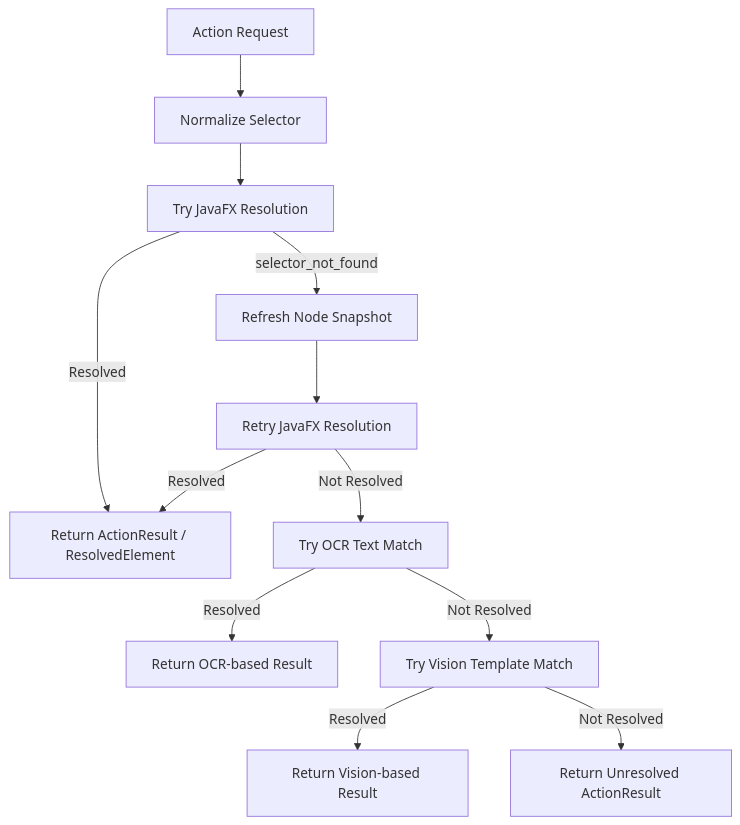
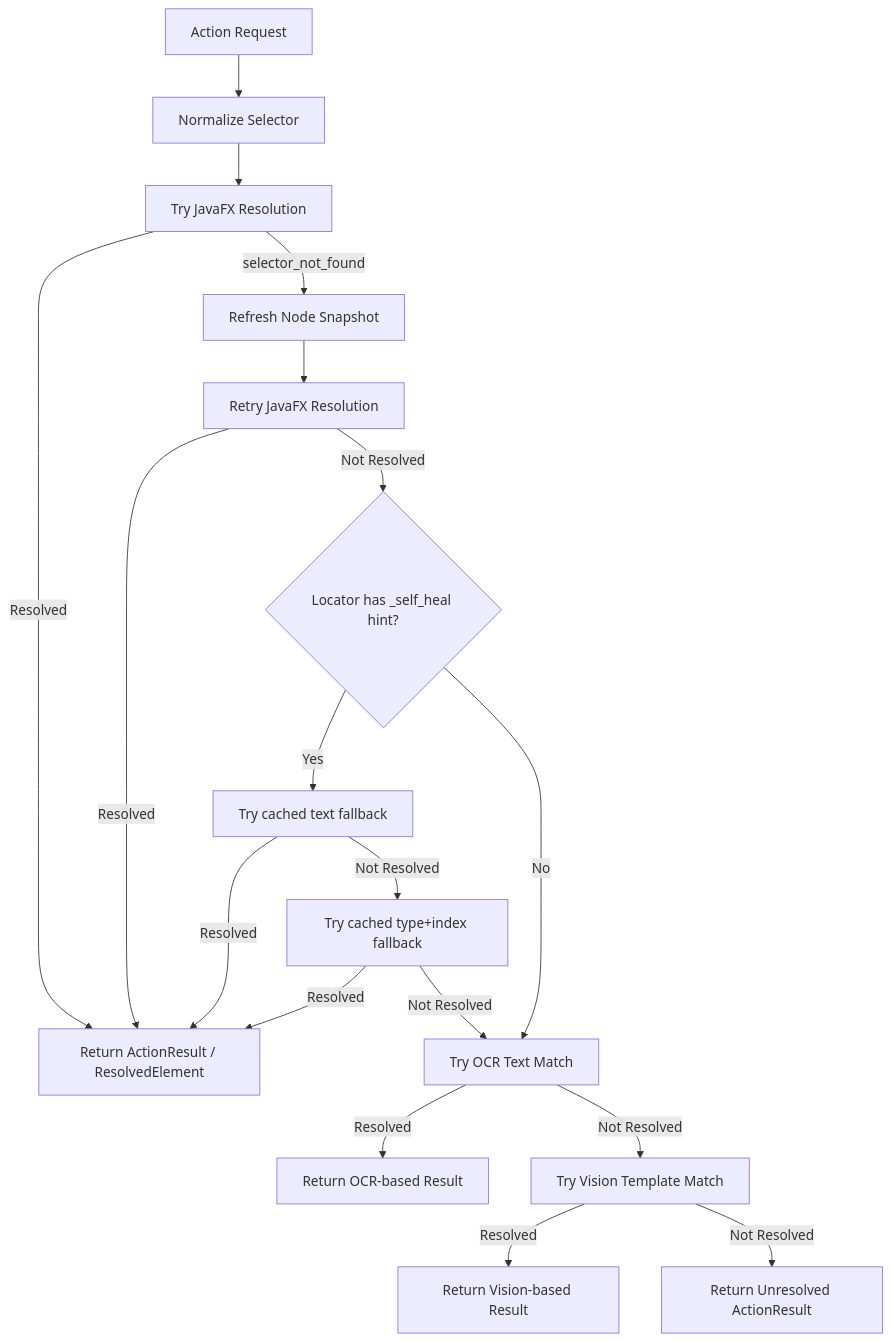
Before and after one commit to caryhsu/omniui: the third of 4 diagrams in docs/architecture.md, drawn with Mermaid. The commit also changed other lines of this file and 13 other files, not shown here.

````diff
--- a/docs/architecture.md
+++ b/docs/architecture.md
@@ -81,14 +81,20 @@
 ```mermaid
 flowchart TD
     Start[Action Request] --> Normalize[Normalize Selector]
     Normalize --> JavaFX[Try JavaFX Resolution]
     JavaFX -->|Resolved| Done[Return ActionResult / ResolvedElement]
     JavaFX -->|selector_not_found| Refresh[Refresh Node Snapshot]
     Refresh --> Retry[Retry JavaFX Resolution]
     Retry -->|Resolved| Done
-    Retry -->|Not Resolved| OCR[Try OCR Text Match]
+    Retry -->|Not Resolved| SelfHeal{Locator has _self_heal hint?}
+    SelfHeal -->|Yes| HealText[Try cached text fallback]
+    HealText -->|Resolved| Done
+    HealText -->|Not Resolved| HealTypeIdx[Try cached type+index fallback]
+    HealTypeIdx -->|Resolved| Done
+    HealTypeIdx -->|Not Resolved| OCR[Try OCR Text Match]
+    SelfHeal -->|No| OCR
     OCR -->|Resolved| OCRDone[Return OCR-based Result]
     OCR -->|Not Resolved| Vision[Try Vision Template Match]
     Vision -->|Resolved| VisionDone[Return Vision-based Result]
     Vision -->|Not Resolved| Fail[Return Unresolved ActionResult]
 ```
````
